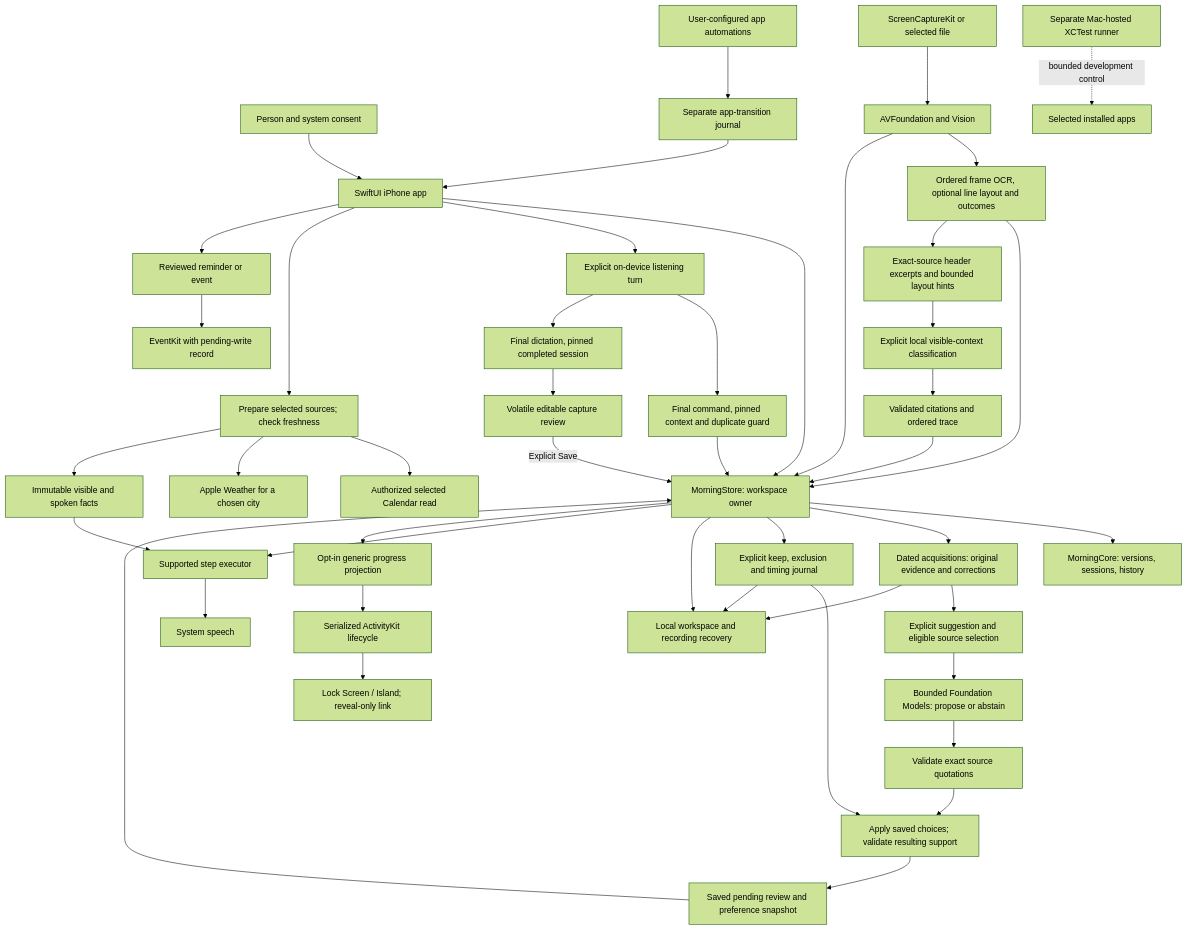
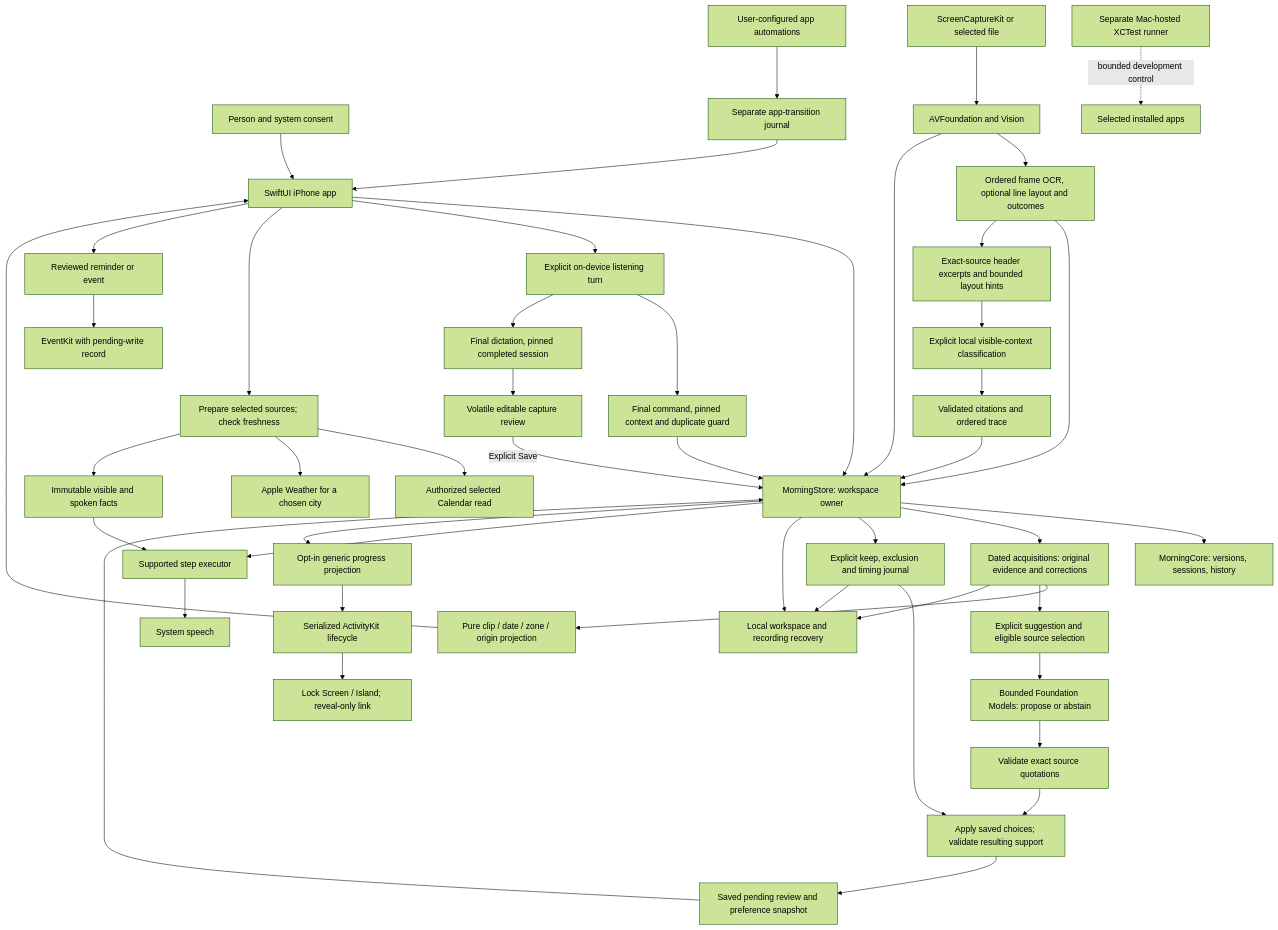
Before and after one commit to gderamchi/morning-operator: the first of 4 diagrams in docs/ARCHITECTURE.md, drawn with Mermaid (forest theme). The commit also changed other lines of this file and 7 other files, not shown here.

````diff
--- a/docs/ARCHITECTURE.md
+++ b/docs/ARCHITECTURE.md
@@ -15,47 +15,49 @@
 ```mermaid
 flowchart TB
     Person["Person and system consent"] --> UI["SwiftUI iPhone app"]
     UI --> Store["MorningStore: workspace owner"]
     Capture["ScreenCaptureKit or selected file"] --> Media["AVFoundation and Vision"]
     Media --> Frames["Ordered frame OCR, optional line layout and outcomes"]
     Frames --> Store
     Frames --> Excerpts["Exact-source header excerpts and bounded layout hints"]
     Excerpts --> Context["Explicit local visible-context classification"]
     Context --> Trace["Validated citations and ordered trace"]
     Trace --> Store
     Media --> Store
     Store --> Core["MorningCore: versions, sessions, history"]
     Store --> Archive["Dated acquisitions: original evidence and corrections"]
+    Archive --> EvidenceReview["Pure clip / date / zone / origin projection"]
+    EvidenceReview --> UI
     Archive --> Selection["Explicit suggestion and eligible source selection"]
     Selection --> Model["Bounded Foundation Models: propose or abstain"]
     Model --> Citations["Validate exact source quotations"]
     Store --> Preferences["Explicit keep, exclusion and timing journal"]
     Citations --> Reconcile["Apply saved choices; validate resulting support"]
     Preferences --> Reconcile
     Reconcile --> Pending["Saved pending review and preference snapshot"]
     Pending --> Store
     Preferences --> Disk
     Archive --> Disk
     Store --> Disk["Local workspace and recording recovery"]
     Store --> Runner["Supported step executor"]
     Store --> Projection["Opt-in generic progress projection"]
     Projection --> Activity["Serialized ActivityKit lifecycle"]
     Activity --> Widget["Lock Screen / Island; reveal-only link"]
     Runner --> Speech["System speech"]
     UI --> Listener["Explicit on-device listening turn"]
     Listener --> Command["Final command, pinned context and duplicate guard"]
     Command --> Store
     Listener --> CaptureText["Final dictation, pinned completed session"]
     CaptureText --> CaptureReview["Volatile editable capture review"]
     CaptureReview -->|Explicit Save| Store
     UI --> Briefing["Prepare selected sources; check freshness"]
     Briefing --> Calendar["Authorized selected Calendar read"]
     Briefing --> Weather["Apple Weather for a chosen city"]
     Briefing --> Prepared["Immutable visible and spoken facts"]
     Prepared --> Runner
     UI --> ReviewedSave["Reviewed reminder or event"]
     ReviewedSave --> EventKit["EventKit with pending-write record"]
     Shortcuts["User-configured app automations"] --> Journal["Separate app-transition journal"]
     Journal --> UI
     Harness["Separate Mac-hosted XCTest runner"] -. "bounded development control" .-> OtherApps["Selected installed apps"]
 ```
````
